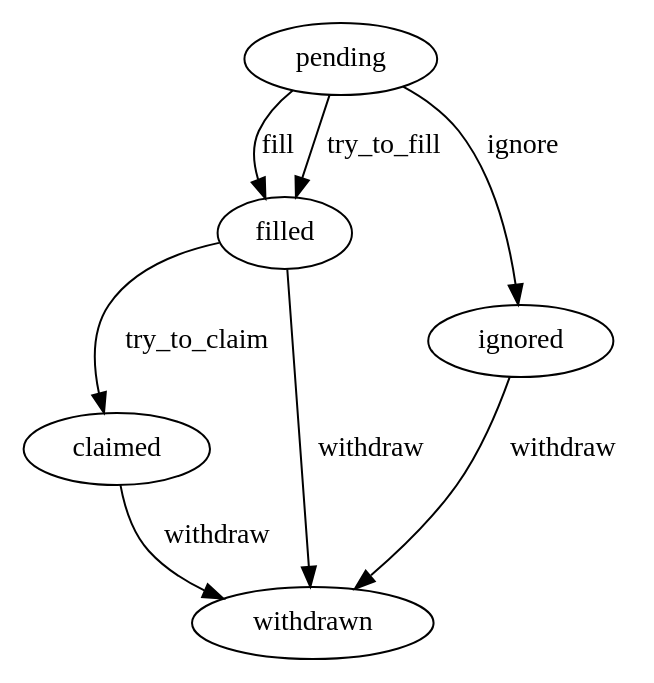
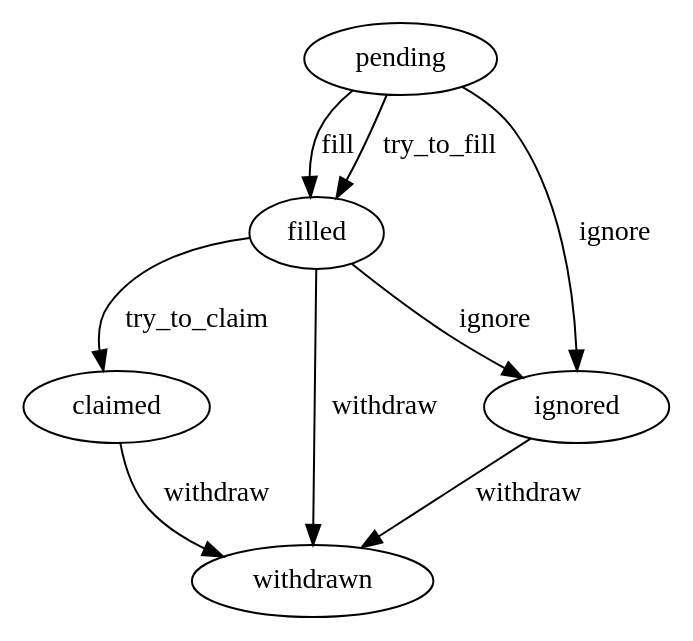
Before and after one commit to beamer-bridge/beamer: the diagram in docs/source/request_state_machine.dot, drawn with Graphviz.

Commit message:
docs: update state machine diagram
A transition from filled to ignored was added in
b0a78ea653340da1ac4c12c79e795fdc232aa62e, but the docs haven't been
updated.

```diff
--- a/docs/source/request_state_machine.dot
+++ b/docs/source/request_state_machine.dot
@@ -1,11 +1,12 @@
 digraph request_state_machine {
     node [] pending, filled, claimed, withdrawn, ignored;
 
     pending -> filled [label = fill];
     pending -> filled [label = try_to_fill];
     pending -> ignored [label = ignore];
     filled -> claimed [label = try_to_claim];
     claimed -> withdrawn [label = withdraw];
     filled -> withdrawn [label = withdraw];
+    filled -> ignored [label = ignore];
     ignored -> withdrawn [label = withdraw];
 }
```
